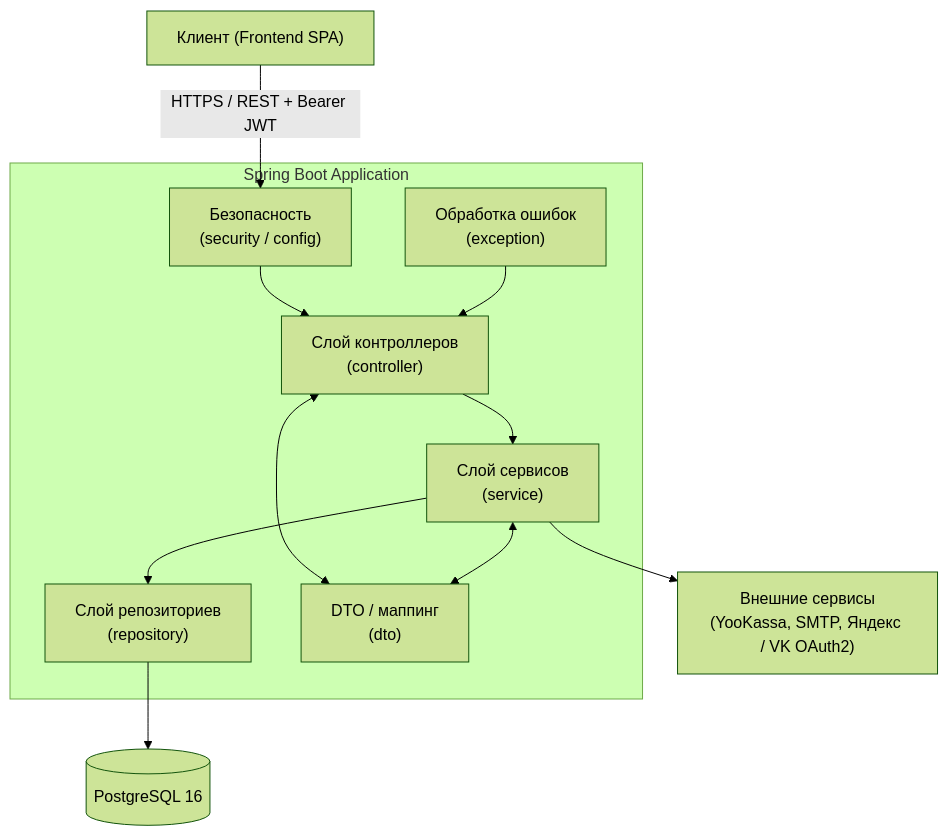
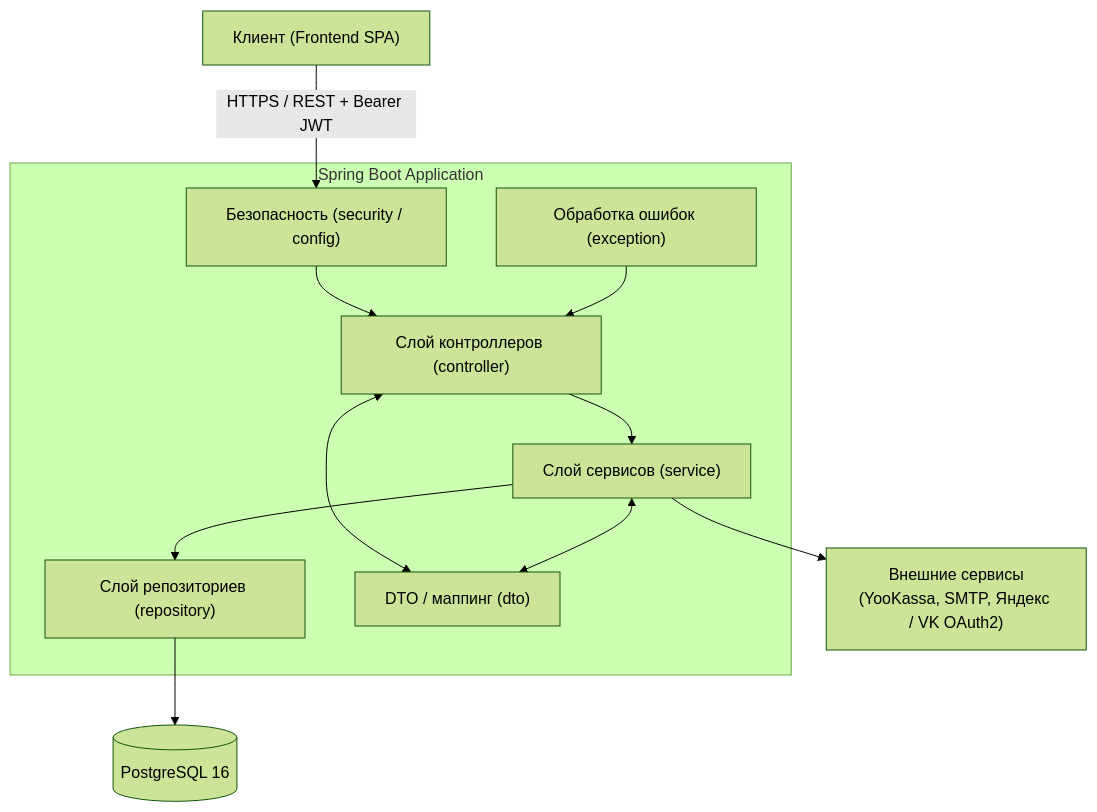
Before and after one commit to akarui-shi/festival-app: the third of 14 diagrams in diplom/diplom.md, drawn with Mermaid (forest theme). The commit also changed other lines of this file, not shown here.

````diff
--- a/diplom/diplom.md
+++ b/diplom/diplom.md
@@ -763,26 +884,26 @@
 ```mermaid
 graph TD
-    Client["Клиент (Frontend SPA)"]
+Client["Клиент (Frontend SPA)"]
 
-    subgraph "Spring Boot Application"
-        Controller["Слой контроллеров\n(controller)"]
-        Service["Слой сервисов\n(service)"]
-        Repository["Слой репозиториев\n(repository)"]
-        Security["Безопасность\n(security / config)"]
-        DTO["DTO / маппинг\n(dto)"]
-        Exception["Обработка ошибок\n(exception)"]
-    end
+subgraph "Spring Boot Application"
+Controller["Слой контроллеров (controller)"]
+Service["Слой сервисов (service)"]
+Repository["Слой репозиториев (repository)"]
+Security["Безопасность (security / config)"]
+DTO["DTO / маппинг (dto)"]
+Exception["Обработка ошибок (exception)"]
+end
 
-    DB[("PostgreSQL 16")]
-    External["Внешние сервисы\n(YooKassa, SMTP, Яндекс / VK OAuth2)"]
+DB[("PostgreSQL 16")]
+External["Внешние сервисы\n(YooKassa, SMTP, Яндекс / VK OAuth2)"]
 
-    Client -- "HTTPS / REST + Bearer JWT" --> Security
-    Security --> Controller
-    Controller --> Service
-    Controller <--> DTO
-    Service <--> DTO
-    Service --> Repository
+Client -- "HTTPS / REST + Bearer JWT" --> Security
+Security --> Controller
+Controller --> Service
+Controller <--> DTO
+Service <--> DTO
+Service --> Repository
     Service --> External
     Repository --> DB
     Exception --> Controller
 ```
````
